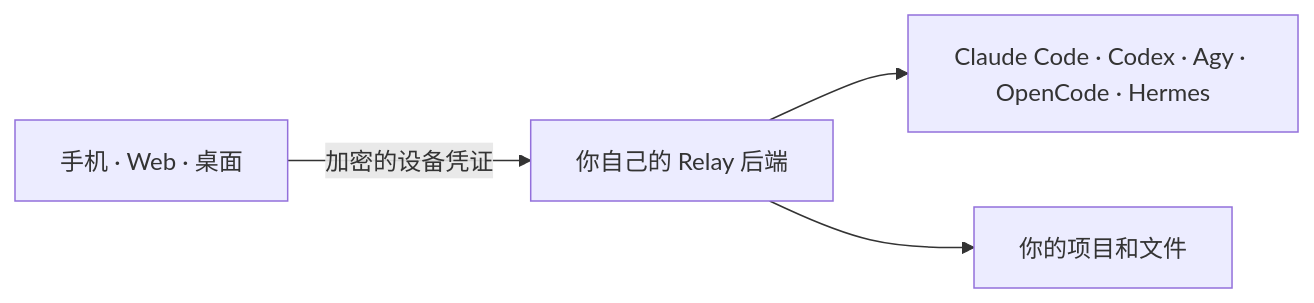
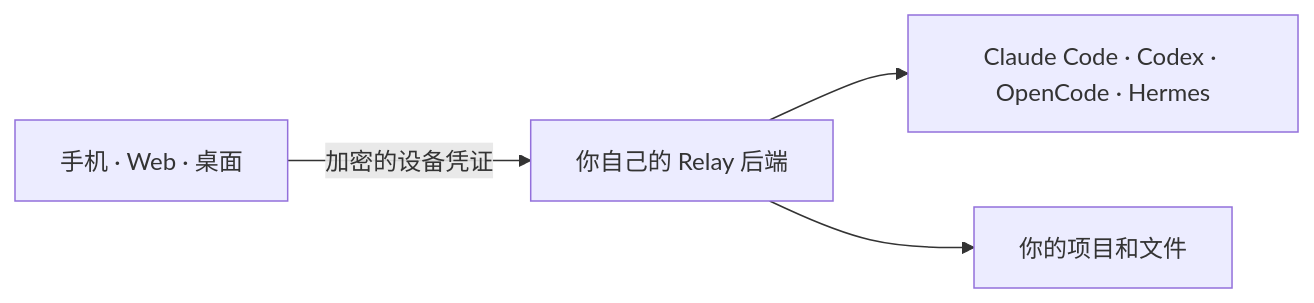
One commit to elin66alpha/AgentDeck changed the diagram in README.zh-CN.md. Above: the diagram before and after it, drawn with Mermaid. The commit also changed other lines of this file and 44 other files, not shown here.

````diff
--- a/README.zh-CN.md
+++ b/README.zh-CN.md
@@ -19,6 +19,6 @@
 ```mermaid
 flowchart LR
     C["手机 · Web · 桌面"] -->|"加密的设备凭证"| B["你自己的 Relay 后端"]
-    B --> A["Claude Code · Codex · Agy · OpenCode · Hermes"]
+    B --> A["Claude Code · Codex · OpenCode · Hermes"]
     B --> F["你的项目和文件"]
 ```
````
